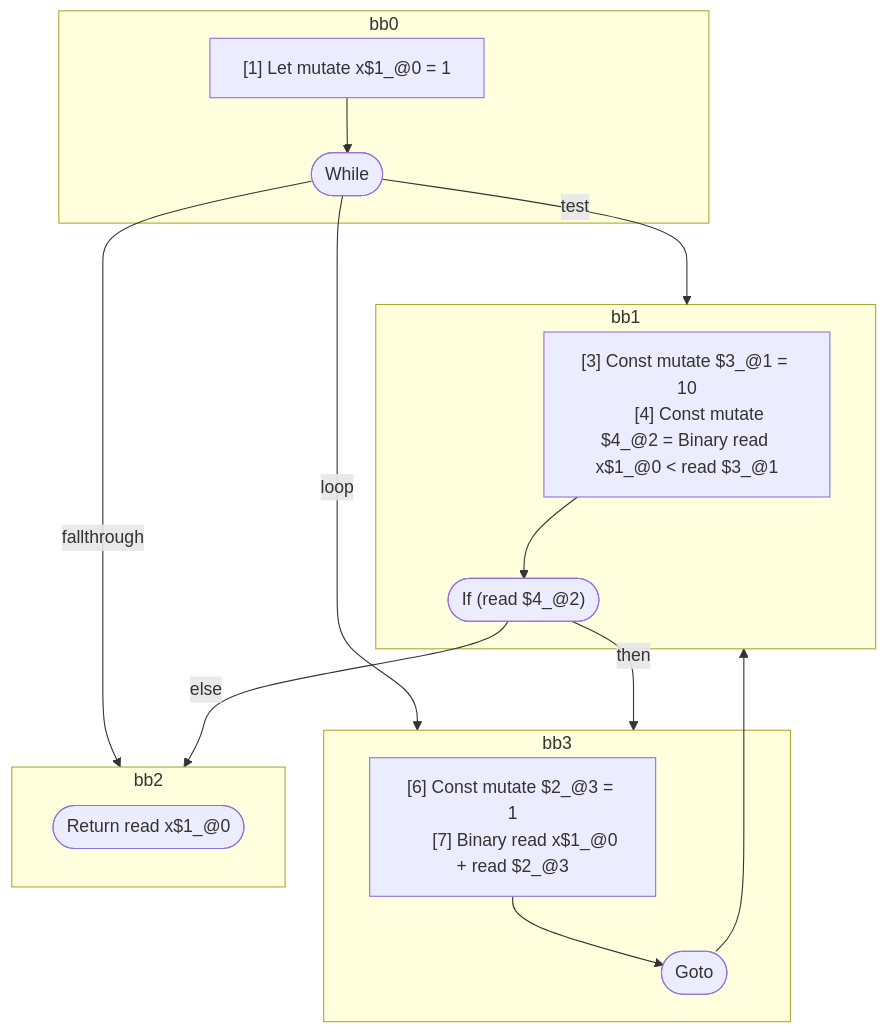
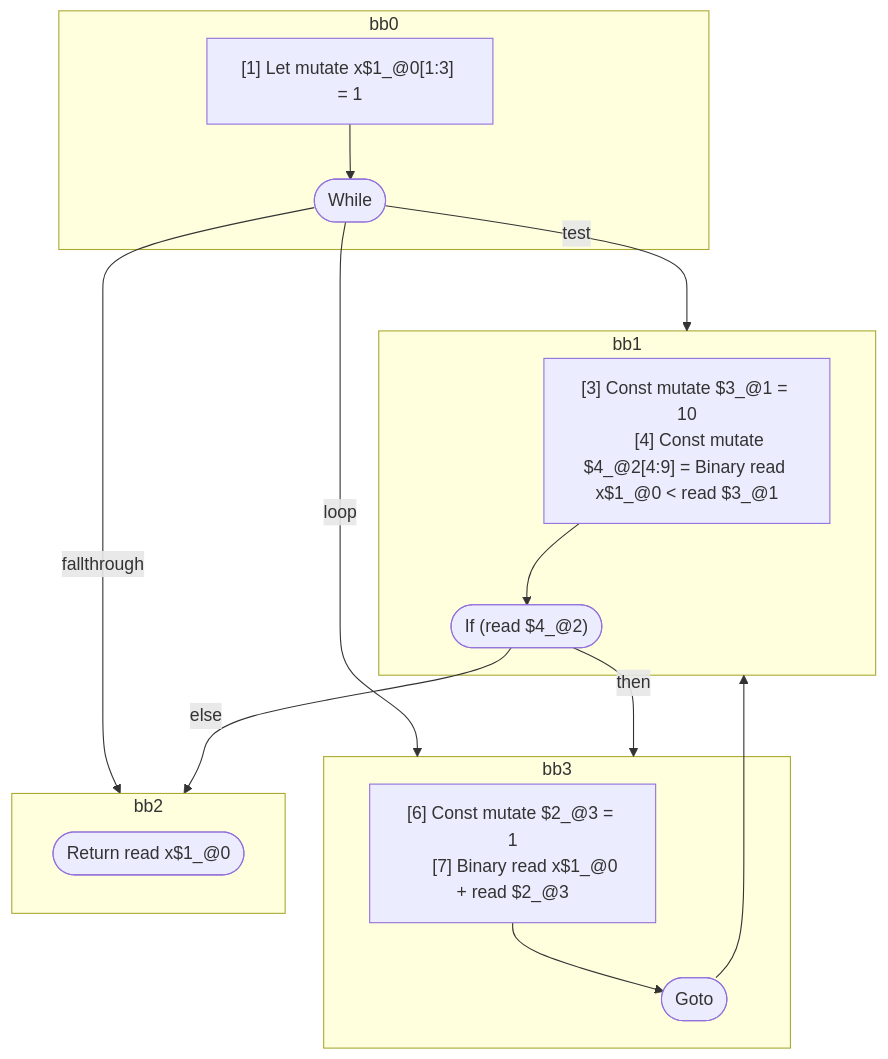
Before and after one commit to wutsmog/private: the diagram in compiler/forget/src/__tests__/fixtures/hir/ssa-while-no-reassign.expect.md, drawn with Mermaid. The commit also changed other lines of this file and 26 other files, not shown here.

````diff
--- a/compiler/forget/src/__tests__/fixtures/hir/ssa-while-no-reassign.expect.md
+++ b/compiler/forget/src/__tests__/fixtures/hir/ssa-while-no-reassign.expect.md
@@ -39,36 +39,36 @@
 ```mermaid
 flowchart TB
   %% Basic Blocks
   subgraph bb0
     bb0_instrs["
-      [1] Let mutate x$1_@0 = 1
+      [1] Let mutate x$1_@0[1:3] = 1
     "]
     bb0_instrs --> bb0_terminal(["While"])
   end
   subgraph bb1
     bb1_instrs["
       [3] Const mutate $3_@1 = 10
-      [4] Const mutate $4_@2 = Binary read x$1_@0 < read $3_@1
+      [4] Const mutate $4_@2[4:9] = Binary read x$1_@0 < read $3_@1
     "]
     bb1_instrs --> bb1_terminal(["If (read $4_@2)"])
   end
   subgraph bb3
     bb3_instrs["
       [6] Const mutate $2_@3 = 1
       [7] Binary read x$1_@0 + read $2_@3
     "]
     bb3_instrs --> bb3_terminal(["Goto"])
   end
   subgraph bb2
     bb2_terminal(["Return read x$1_@0"])
   end
 
   %% Jumps
   bb0_terminal -- "test" --> bb1
   bb0_terminal -- "loop" --> bb3
   bb0_terminal -- "fallthrough" --> bb2
   bb1_terminal -- "then" --> bb3
   bb1_terminal -- "else" --> bb2
   bb3_terminal --> bb1
 
 ```
````
